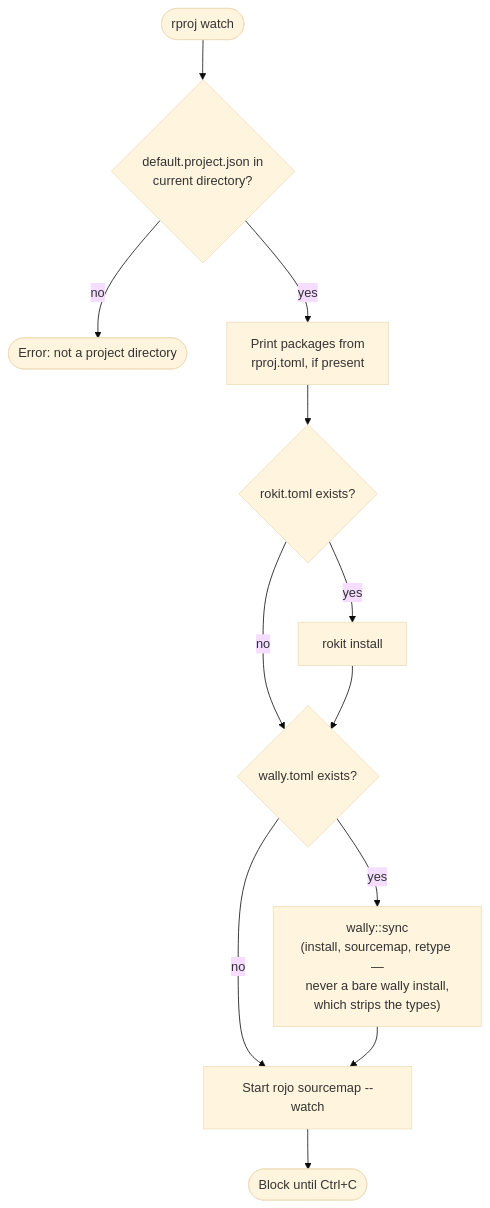
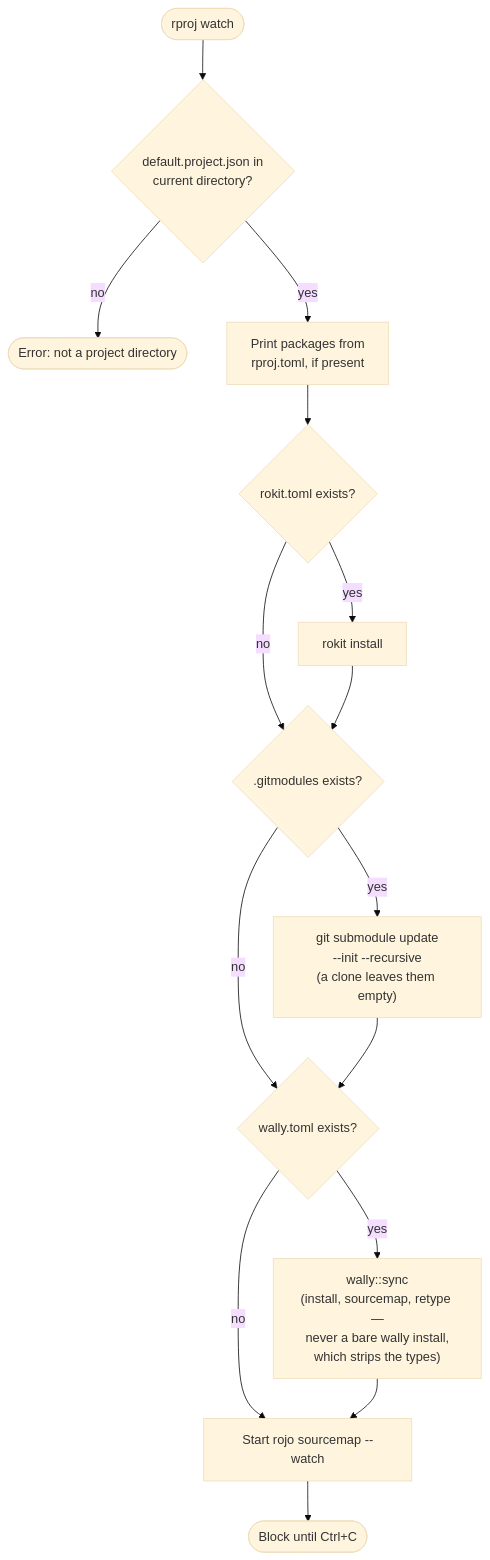
The fifth of 6 diagrams in docs/architecture.md (chatarabdelilah/rproj), drawn with Mermaid (base theme) before and after one commit. The commit also changed other lines of this file and 2 other files, not shown here.

````diff
--- a/docs/architecture.md
+++ b/docs/architecture.md
@@ -416,14 +416,17 @@
 ```mermaid
 flowchart TD
     A(["rproj watch"]) --> B{"default.project.json in\ncurrent directory?"}
     B -- no --> C(["Error: not a project directory"])
     B -- yes --> D["Print packages from\nrproj.toml, if present"]
     D --> E{rokit.toml exists?}
     E -- yes --> F[rokit install]
-    E -- no --> G
-    F --> G{wally.toml exists?}
+    E -- no --> S
+    F --> S{.gitmodules exists?}
+    S -- yes --> T["git submodule update\n--init --recursive\n(a clone leaves them empty)"]
+    S -- no --> G
+    T --> G{wally.toml exists?}
     G -- yes --> H["wally::sync\n(install, sourcemap, retype —\nnever a bare wally install,\nwhich strips the types)"]
     G -- no --> I
     H --> I["Start rojo sourcemap --watch"]
     I --> J(["Block until Ctrl+C"])
 ```
````
